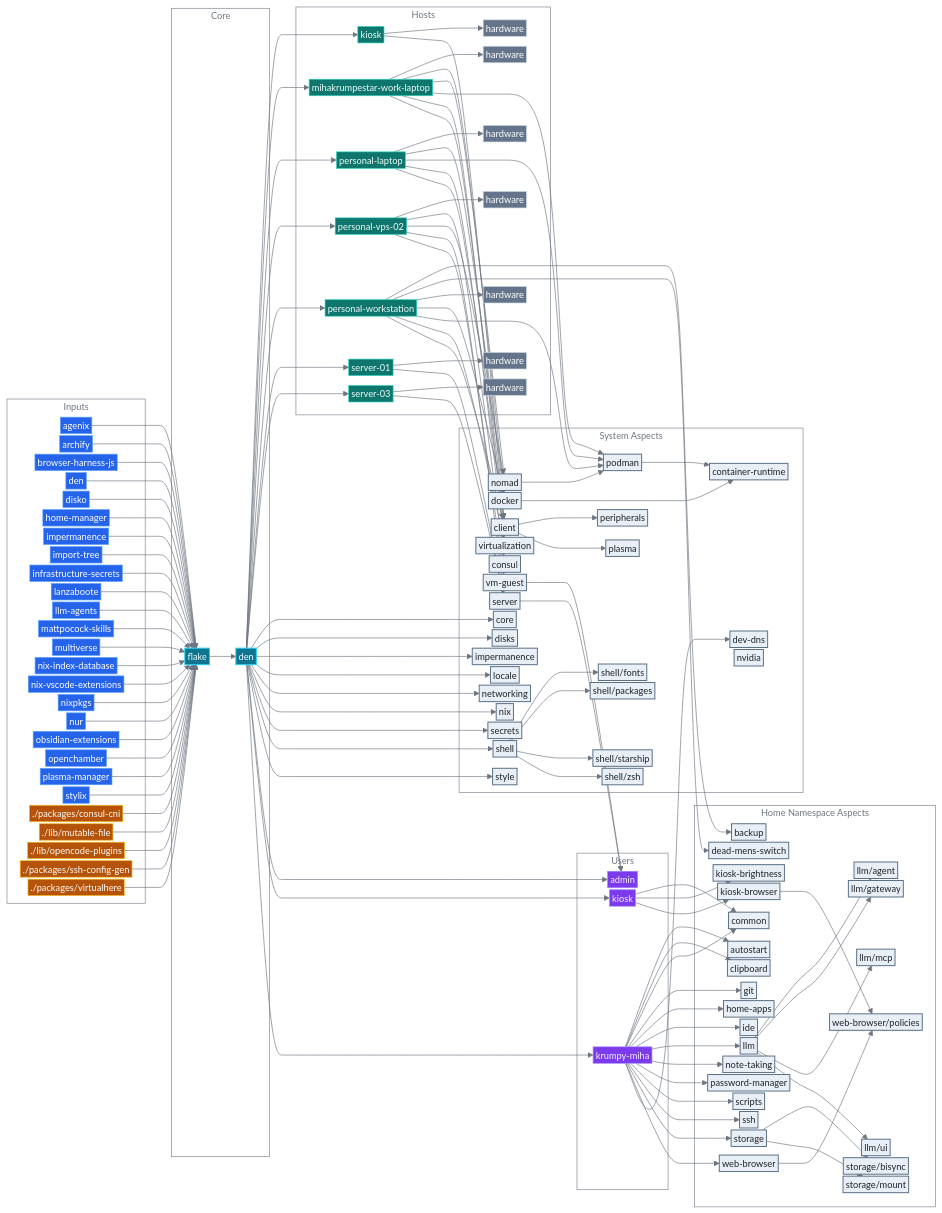
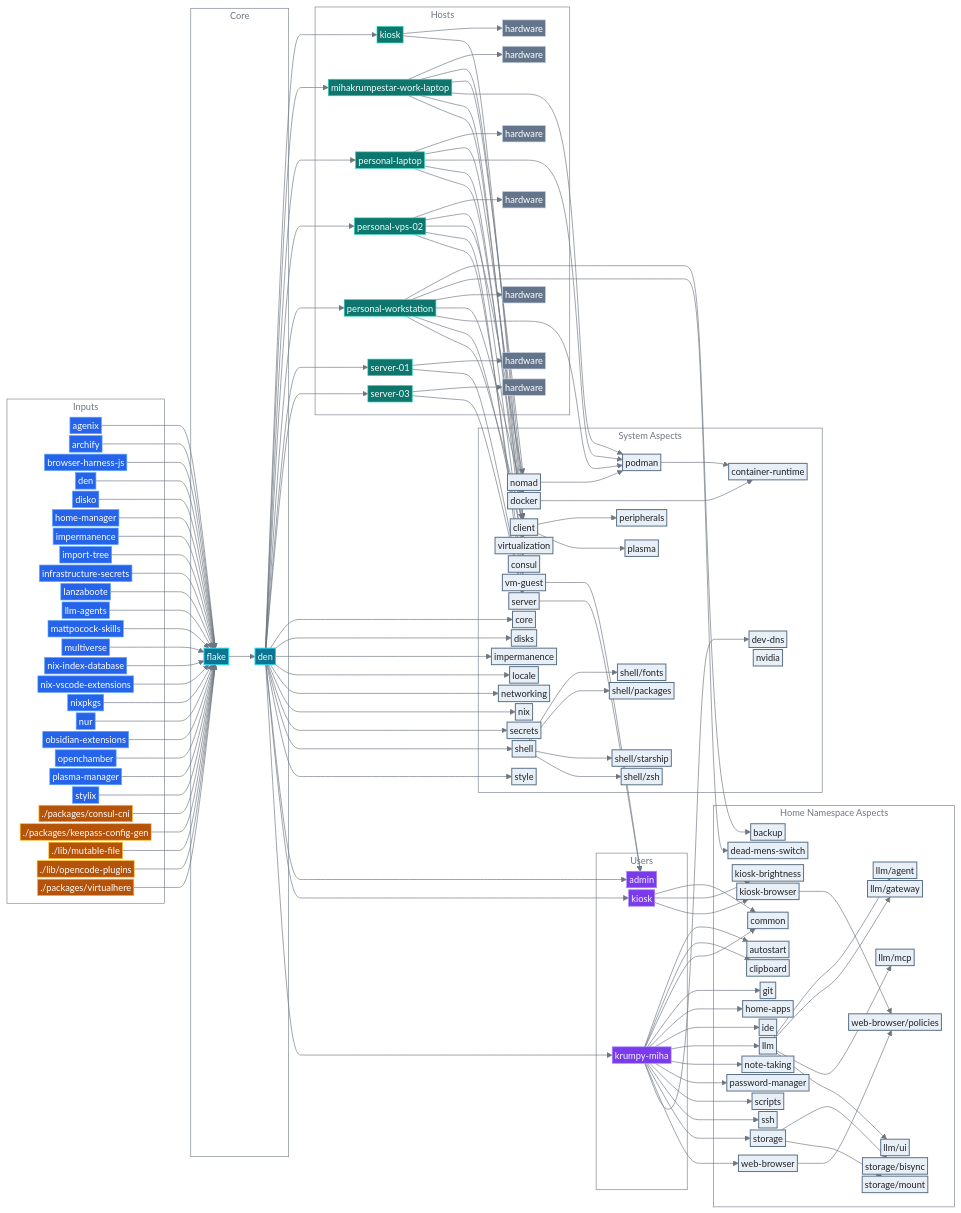
The diagram in README.md (mihakrumpestar/infrastructure), drawn with Mermaid before and after one commit. The commit also changed other lines of this file and 38 other files, not shown here.

```diff
--- a/README.md
+++ b/README.md
@@ -154,9 +154,9 @@
         input_plasma_manager["plasma-manager"]:::input
         input_stylix["stylix"]:::input
         local_consul_cni["./packages/consul-cni"]:::local
+        local_keepass_config_gen["./packages/keepass-config-gen"]:::local
         local_mutable_file["./lib/mutable-file"]:::local
         local_opencode_plugins["./lib/opencode-plugins"]:::local
-        local_ssh_config_gen["./packages/ssh-config-gen"]:::local
         local_virtualhere["./packages/virtualhere"]:::local
     end
 
@@ -324,9 +324,9 @@
     input_plasma_manager --> flake
     input_stylix --> flake
     local_consul_cni --> flake
+    local_keepass_config_gen --> flake
     local_mutable_file --> flake
     local_opencode_plugins --> flake
-    local_ssh_config_gen --> flake
     local_virtualhere --> flake
     opt_docker --> opt_container_runtime
     opt_nomad --> opt_podman
```
